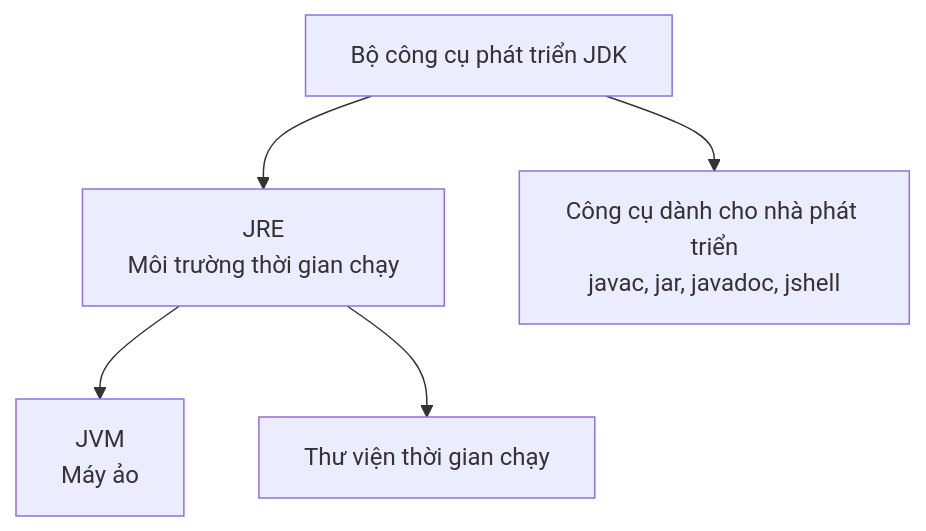
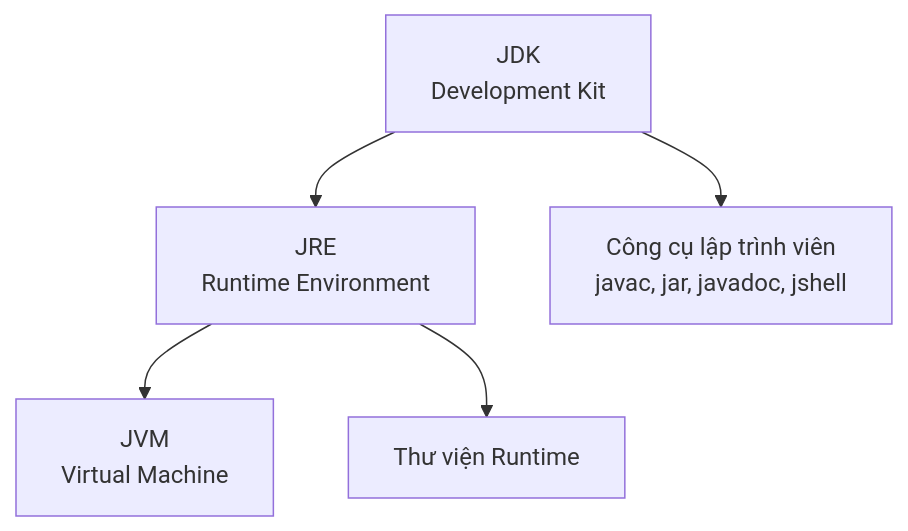
The second of 2 diagrams in vi/01-overview/theory/02-jvm-jre-jdk.md (PhuThien2005/theoretical-of-java-core), drawn with Mermaid before and after one commit. The commit also changed other lines of this file and 229 other files, not shown here.

````diff
--- a/vi/01-overview/theory/02-jvm-jre-jdk.md
+++ b/vi/01-overview/theory/02-jvm-jre-jdk.md
@@ -94,7 +96,7 @@
 ```mermaid
 flowchart TD
-    JDK[Bộ công cụ phát triển JDK<br>] --> JRE[JRE<br>Môi trường thời gian chạy]
-    JRE --> JVM[JVM<br>Máy ảo]
-    JDK --> TOOLS[Công cụ dành cho nhà phát triển<br>javac, jar, javadoc, jshell]
-    JRE --> LIBS[Thư viện thời gian chạy]
+    JDK[JDK<br>Development Kit] --> JRE[JRE<br>Runtime Environment]
+    JRE --> JVM[JVM<br>Virtual Machine]
+    JDK --> TOOLS[Công cụ lập trình viên<br>javac, jar, javadoc, jshell]
+    JRE --> LIBS[Thư viện Runtime]
 ```
````
